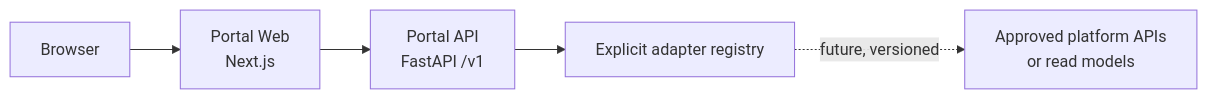
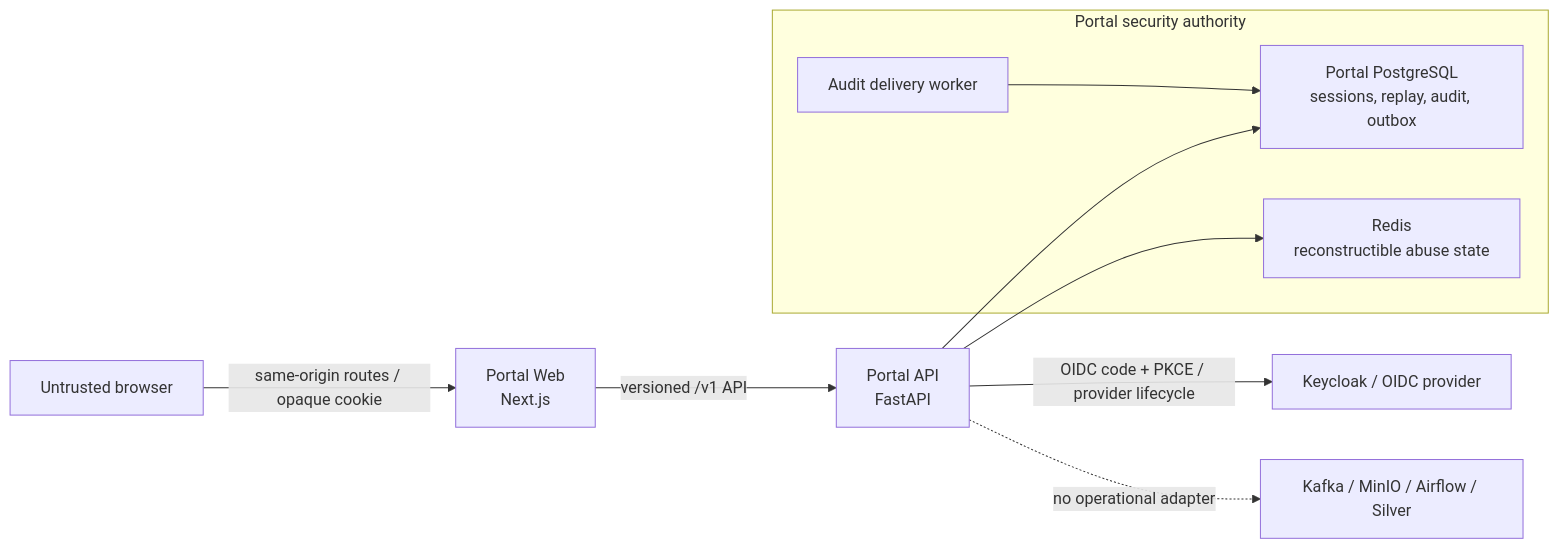
Before and after one commit to minzi03/fintech-payments-data-platform: the diagram in docs/portal/architecture-boundaries.md, drawn with Mermaid. The commit also changed other lines of this file and 8 other files, not shown here.

Commit message:
docs: reconcile current architecture and claims

````diff
--- a/docs/portal/architecture-boundaries.md
+++ b/docs/portal/architecture-boundaries.md
@@ -9,7 +18,19 @@
 ```mermaid
 flowchart LR
-    Browser["Browser"] --> Web["Portal Web<br/>Next.js"]
-    Web --> API["Portal API<br/>FastAPI /v1"]
-    API --> Registry["Explicit adapter registry"]
-    Registry -. future, versioned .-> Services["Approved platform APIs<br/>or read models"]
+    Browser["Untrusted browser"] -->|"same-origin routes / opaque cookie"| Web["Portal Web<br/>Next.js"]
+    Web -->|"versioned /v1 API"| API["Portal API<br/>FastAPI"]
+
+    subgraph SecurityAuthority["Portal security authority"]
+        Postgres["Portal PostgreSQL<br/>sessions, replay, audit, outbox"]
+        Redis["Redis<br/>reconstructible abuse state"]
+        Worker["Audit delivery worker"]
+    end
+
+    API -->|"OIDC code + PKCE / provider lifecycle"| OIDC["Keycloak / OIDC provider"]
+    API --> Postgres
+    API --> Redis
+    Worker --> Postgres
+
+    Platform["Kafka / MinIO / Airflow / Silver"]
+    API -. "no operational adapter" .-> Platform
 ```
````
